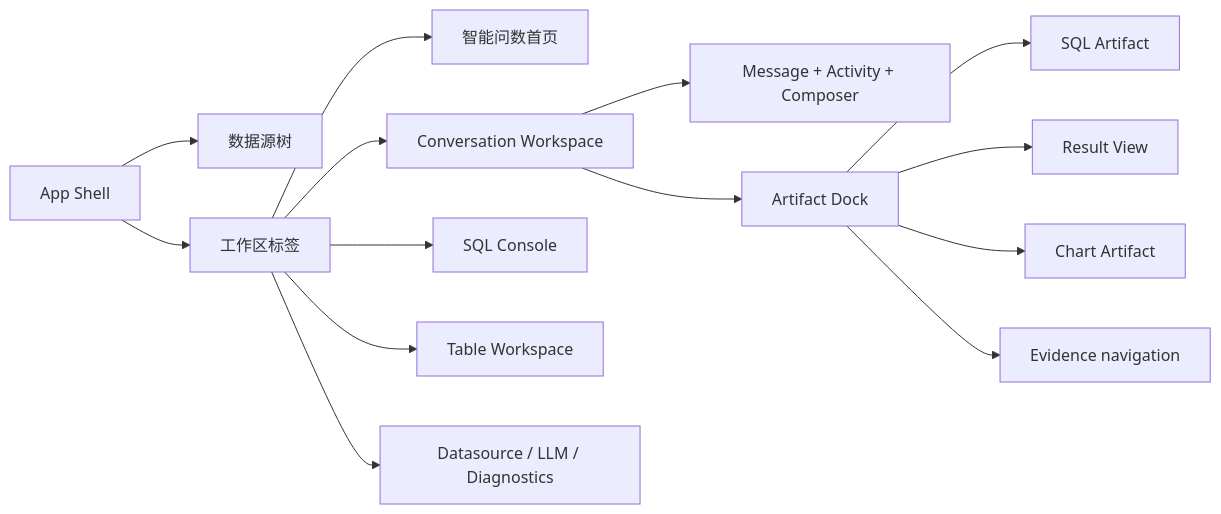
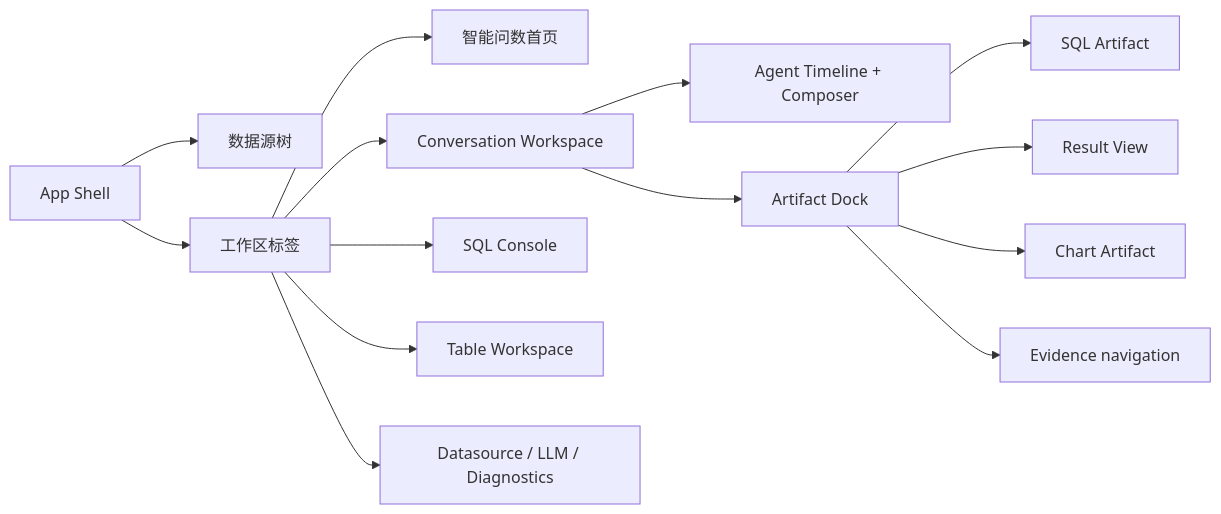
Before and after one commit to trrueee/DBFox: the second of 5 diagrams in docs/architecture/frontend.md, drawn with Mermaid. The commit also changed other lines of this file and 8 other files, not shown here.

Commit message:
chore(runtime): align startup and architecture metadata

````diff
--- a/docs/architecture/frontend.md
+++ b/docs/architecture/frontend.md
@@ -75,17 +74,17 @@
 ```mermaid
 flowchart LR
   APP["App Shell"] --> TREE["数据源树"]
   APP --> TABBAR["工作区标签"]
   TABBAR --> HOME["智能问数首页"]
   TABBAR --> CONV["Conversation Workspace"]
   TABBAR --> SQL["SQL Console"]
   TABBAR --> TABLE["Table Workspace"]
   TABBAR --> CONFIG["Datasource / LLM / Diagnostics"]
 
-  CONV --> CENTER["Message + Activity + Composer"]
+  CONV --> CENTER["Agent Timeline + Composer"]
   CONV --> RIGHT["Artifact Dock"]
   RIGHT --> SQLART["SQL Artifact"]
   RIGHT --> RESULT["Result View"]
   RIGHT --> CHART["Chart Artifact"]
   RIGHT --> EVIDENCE["Evidence navigation"]
 ```
````
